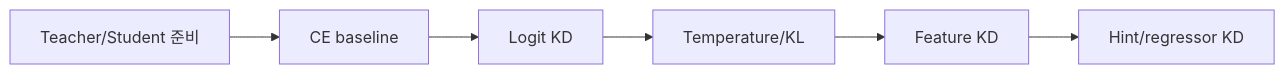
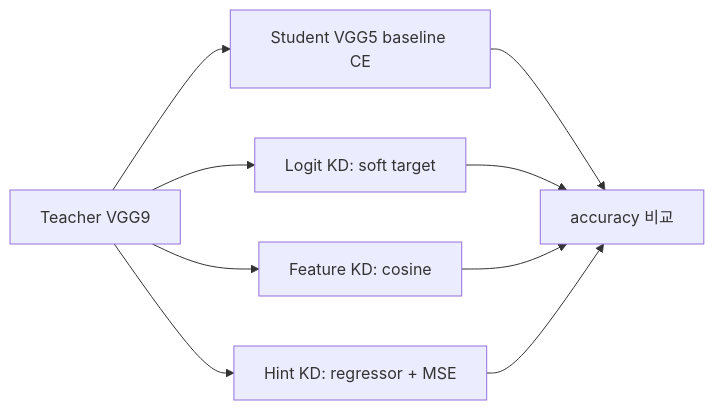
The diagram in study_notes/on_device_ai/practice/03_knowledge_distillation_practice_guide.md (knowgyu/aisp), drawn with Mermaid before and after one commit. The commit also changed other lines of this file and 10 other files, not shown here.

````diff
--- a/study_notes/on_device_ai/practice/03_knowledge_distillation_practice_guide.md
+++ b/study_notes/on_device_ai/practice/03_knowledge_distillation_practice_guide.md
@@ -11,14 +10,11 @@
 ```mermaid
 flowchart LR
-  A["Teacher/Student 준비"]
-  B["CE baseline"]
-  A --> B
-  C["Logit KD"]
-  B --> C
-  D["Temperature/KL"]
-  C --> D
-  E["Feature KD"]
-  D --> E
-  F["Hint/regressor KD"]
+  A["Teacher VGG9"] --> B["Student VGG5 baseline CE"]
+  A --> C["Logit KD: soft target"]
+  A --> D["Feature KD: cosine"]
+  A --> E["Hint KD: regressor + MSE"]
+  B --> F["accuracy 비교"]
+  C --> F
+  D --> F
   E --> F
 ```
````
